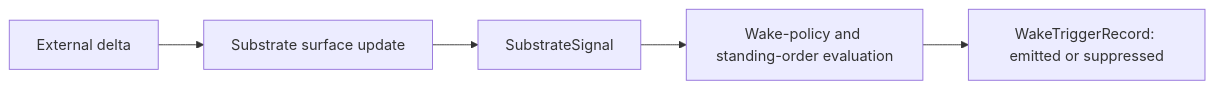
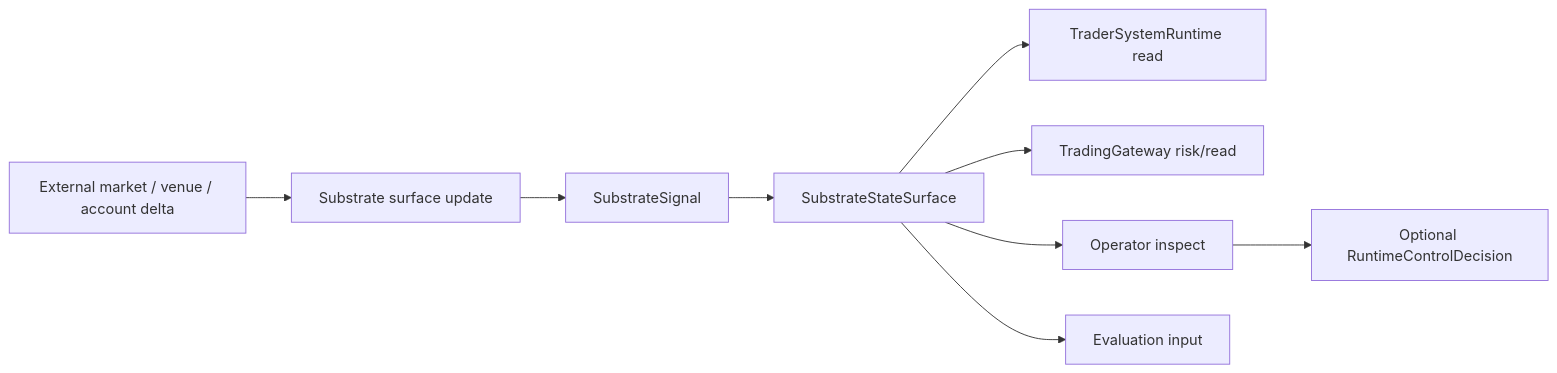
One commit to openboa-ai/ouroboros changed the diagram in wiki/architecture/trading-substrate/03-signal-and-liveness.md. Above: the diagram before and after it, drawn with Mermaid. The commit also changed other lines of this file and 306 other files, not shown here.

Commit message:
docs: lock runtime control plane design baseline

````diff
--- a/wiki/architecture/trading-substrate/03-signal-and-liveness.md
+++ b/wiki/architecture/trading-substrate/03-signal-and-liveness.md
@@ -147,7 +133,11 @@
 ```mermaid
 flowchart LR
-    A["External delta"] --> B["Substrate surface update"]
+    A["External market / venue / account delta"] --> B["Substrate surface update"]
     B --> C["SubstrateSignal"]
-    C --> D["Wake-policy and standing-order evaluation"]
-    D --> E["WakeTriggerRecord: emitted or suppressed"]
+    C --> D["SubstrateStateSurface"]
+    D --> RT["TraderSystemRuntime read"]
+    D --> GW["TradingGateway risk/read"]
+    D --> OP["Operator inspect"]
+    D --> EVAL["Evaluation input"]
+    OP --> RC["Optional RuntimeControlDecision"]
 ```
````
